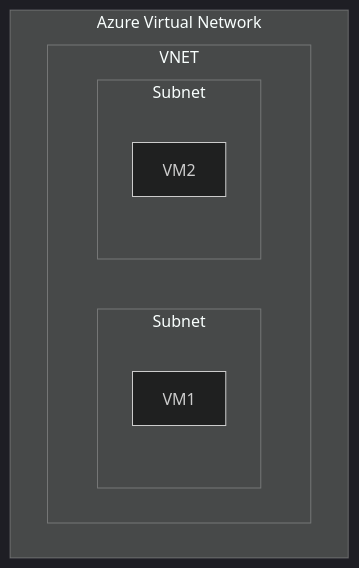
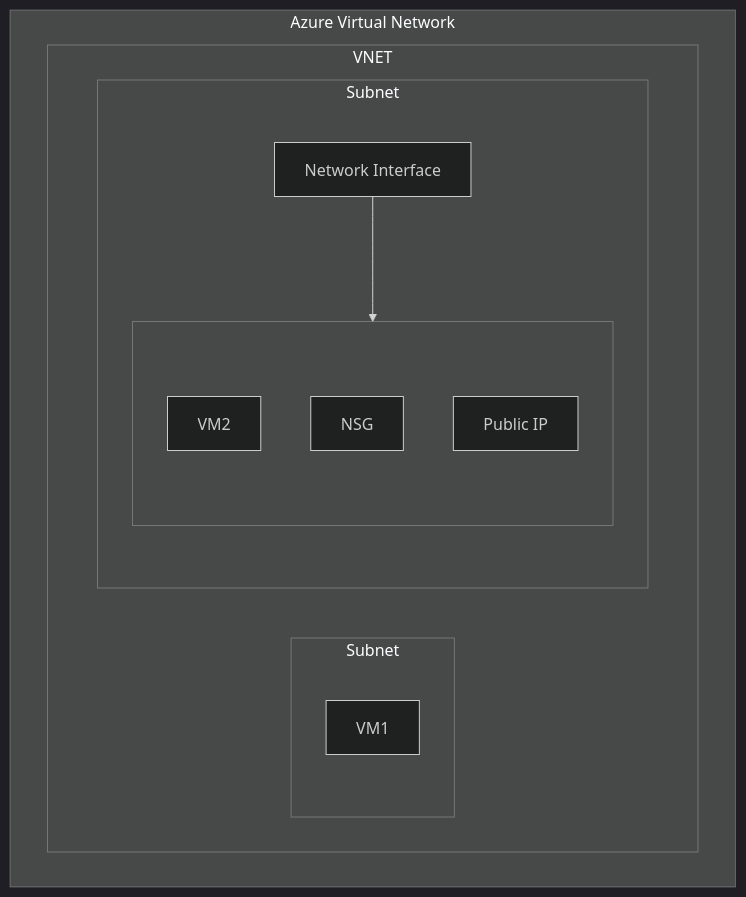
Before and after one commit to kodebot/notes2: the diagram in Azure/Basics/06-azure-networking-services.md, drawn with Mermaid (dark theme). The commit also changed 1 other file, not shown here.

Commit message:
auto commit

````diff
--- a/Azure/Basics/06-azure-networking-services.md
+++ b/Azure/Basics/06-azure-networking-services.md
@@ -25,14 +25,22 @@
 ```mermaid
 flowchart TB
     subgraph title["Azure Virtual Network"]
         subgraph VNET["VNET"]
             direction LR
             subgraph Subnet1["Subnet"]
                 VM1["VM1"]
             end
             subgraph Subnet2["Subnet"]
-                VM2["VM2"]
+                direction TB
+                NI["Network Interface"]
+                subgraph NIGroup[" "]
+                  VM2["VM2"]
+                  NSG["NSG"]
+                  PI["Public IP"]
+                end
             end
         end
     end
+
+NI-->NIGroup
 ```
````
